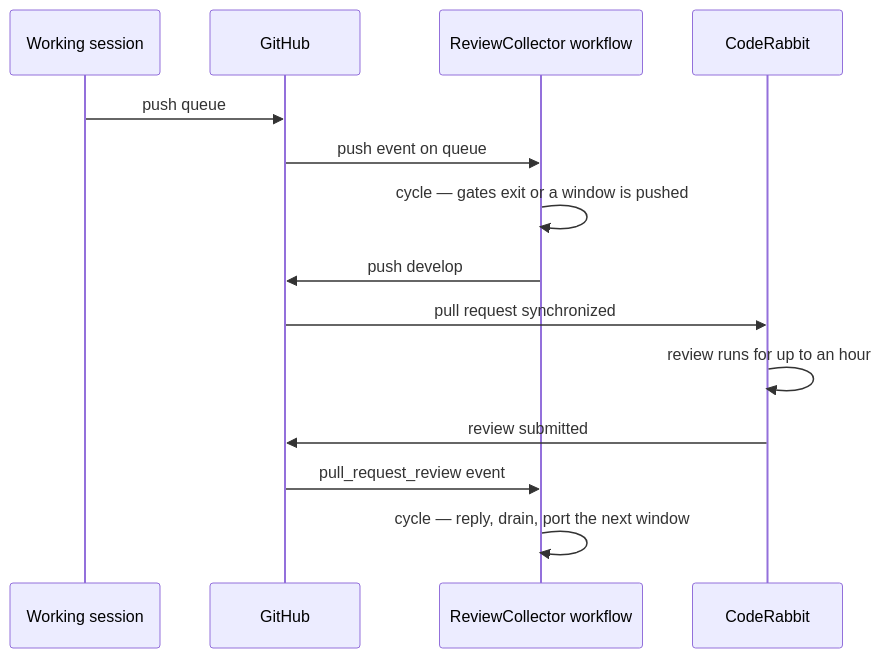
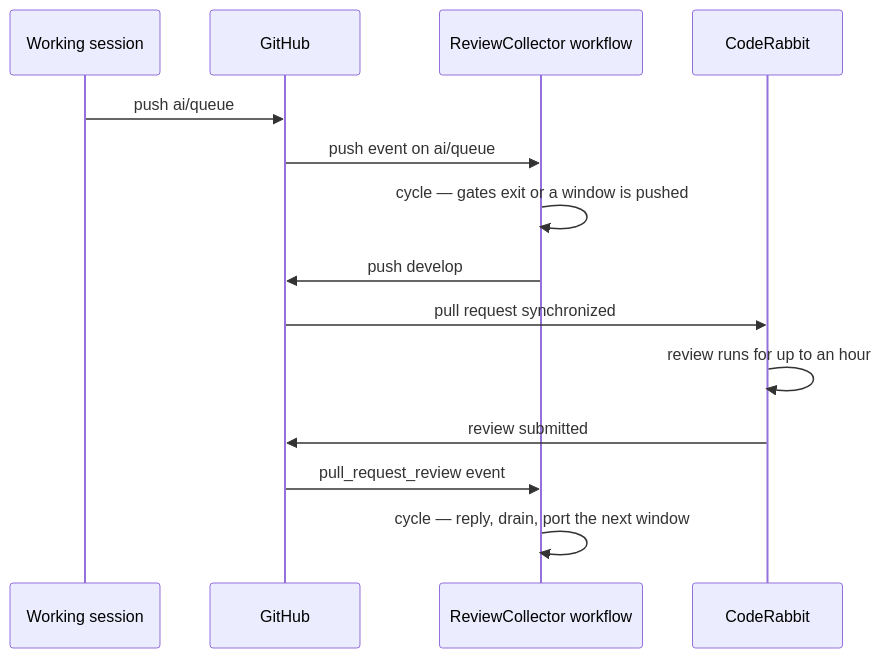
One commit to Esposter/Esposter changed the first of 2 diagrams in apps/web/content/docs/infra/review-collector/runner.md. Above: the diagram before and after it, drawn with Mermaid. The commit also changed other lines of this file and 25 other files, not shown here.

````diff
--- a/apps/web/content/docs/infra/review-collector/runner.md
+++ b/apps/web/content/docs/infra/review-collector/runner.md
@@ -12,16 +12,16 @@
 ```mermaid
 sequenceDiagram
   participant S as Working session
   participant GH as GitHub
   participant W as ReviewCollector workflow
   participant CR as CodeRabbit
-  S->>GH: push queue
-  GH->>W: push event on queue
+  S->>GH: push ai/queue
+  GH->>W: push event on ai/queue
   W->>W: cycle — gates exit or a window is pushed
   W->>GH: push develop
   GH->>CR: pull request synchronized
   CR->>CR: review runs for up to an hour
   CR->>GH: review submitted
   GH->>W: pull_request_review event
   W->>W: cycle — reply, drain, port the next window
 ```
````
